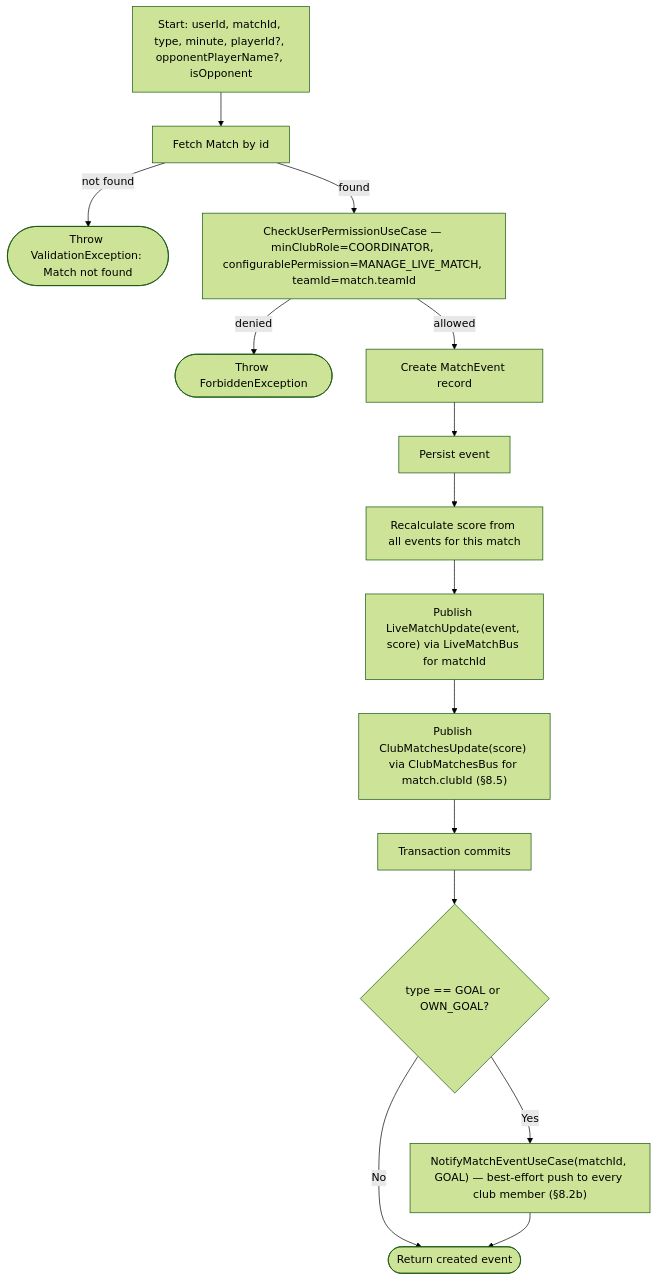
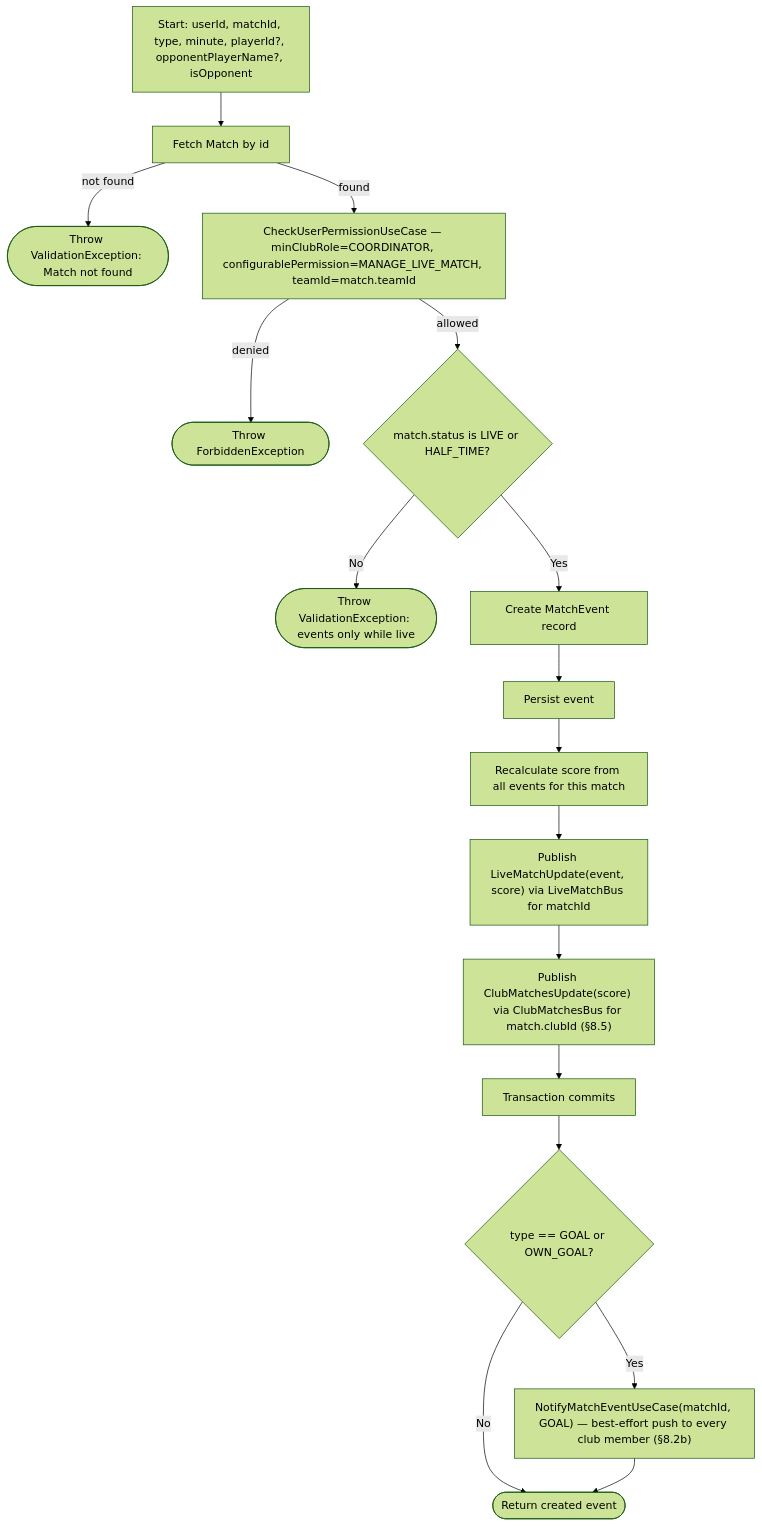
Diagram 44 of 57 in PROCESS_FLOWS.md (ricardofrango/squadify), drawn with Mermaid (forest theme) before and after one commit. The commit also changed other lines of this file and 4 other files, not shown here.

First line of the commit message:
Only allow match events while a match is live

````diff
--- a/PROCESS_FLOWS.md
+++ b/PROCESS_FLOWS.md
@@ -974,17 +974,19 @@
 ```mermaid
 graph TD
     A[Start: userId, matchId, type, minute, playerId?, opponentPlayerName?, isOpponent] --> B[Fetch Match by id]
     B -- not found --> V(["Throw ValidationException: Match not found"])
     B -- found --> C[CheckUserPermissionUseCase — minClubRole=COORDINATOR, configurablePermission=MANAGE_LIVE_MATCH, teamId=match.teamId]
     C -- denied --> F(["Throw ForbiddenException"])
-    C -- allowed --> D[Create MatchEvent record]
+    C -- allowed --> LV{"match.status is LIVE or HALF_TIME?"}
+    LV -- No --> VL(["Throw ValidationException: events only while live"])
+    LV -- Yes --> D[Create MatchEvent record]
     D --> E[Persist event]
     E --> G["Recalculate score from all events for this match"]
     G --> H["Publish LiveMatchUpdate(event, score) via LiveMatchBus for matchId"]
     H --> H2["Publish ClubMatchesUpdate(score) via ClubMatchesBus for match.clubId (§8.5)"]
     H2 --> I["Transaction commits"]
     I --> J{"type == GOAL or OWN_GOAL?"}
     J -- Yes --> K["NotifyMatchEventUseCase(matchId, GOAL) — best-effort push to every club member (§8.2b)"]
     J -- No --> Z
     K --> Z(["Return created event"])
 ```
````
